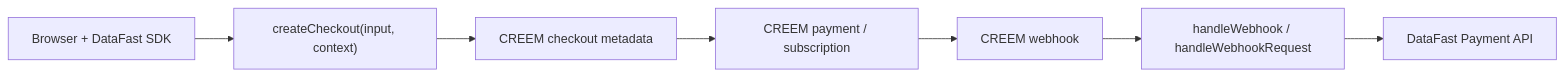
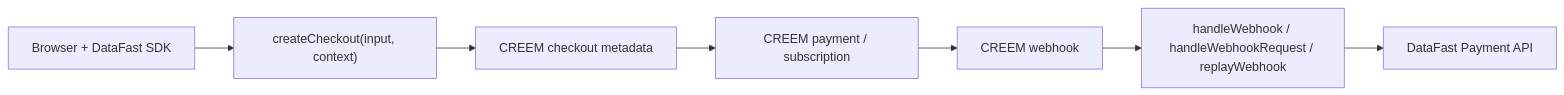
One commit to SudhanPlayz/creem-datafast changed the diagram in README.md. Above: the diagram before and after it, drawn with Mermaid. The commit also changed other lines of this file and 4 other files, not shown here.

````diff
--- a/README.md
+++ b/README.md
@@ -41,9 +43,9 @@
 ```mermaid
 flowchart LR
   A["Browser + DataFast SDK"] --> B["createCheckout(input, context)"]
   B --> C["CREEM checkout metadata"]
   C --> D["CREEM payment / subscription"]
   D --> E["CREEM webhook"]
-  E --> F["handleWebhook / handleWebhookRequest"]
+  E --> F["handleWebhook / handleWebhookRequest / replayWebhook"]
   F --> G["DataFast Payment API"]
 ```
````
